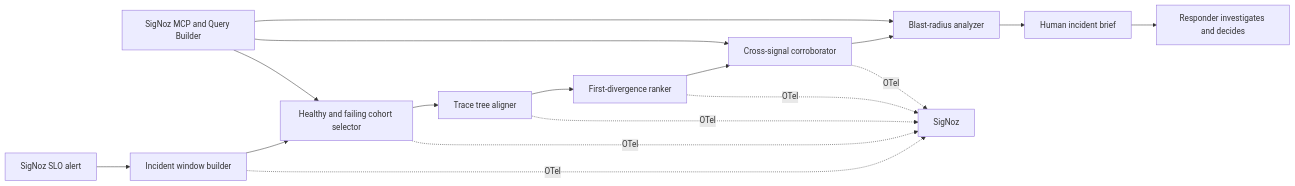
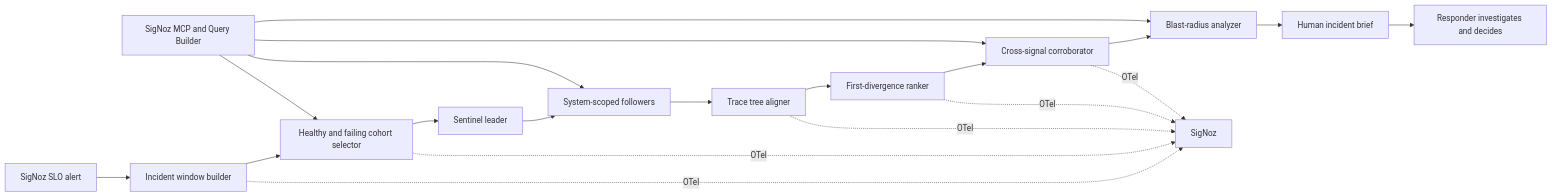
The diagram in docs/PROJECT_STRATEGY.md (Akshay-Verma-CS/rootspan), drawn with Mermaid before and after one commit. The commit also changed other lines of this file and 20 other files, not shown here.

````diff
--- a/docs/PROJECT_STRATEGY.md
+++ b/docs/PROJECT_STRATEGY.md
@@ -148,19 +156,22 @@
 ```mermaid
 flowchart LR
     A["SigNoz SLO alert"] --> B["Incident window builder"]
     B --> C["Healthy and failing cohort selector"]
-    C --> D["Trace tree aligner"]
+    C --> S["Sentinel leader"]
+    S --> SF["System-scoped followers"]
+    SF --> D["Trace tree aligner"]
     D --> E["First-divergence ranker"]
     E --> F["Cross-signal corroborator"]
     F --> G["Blast-radius analyzer"]
     G --> H["Human incident brief"]
     H --> I["Responder investigates and decides"]
     J["SigNoz MCP and Query Builder"] --> C
+    J --> SF
     J --> F
     J --> G
     B -. "OTel" .-> K["SigNoz"]
     C -. "OTel" .-> K
     D -. "OTel" .-> K
     E -. "OTel" .-> K
     F -. "OTel" .-> K
 ```
````
